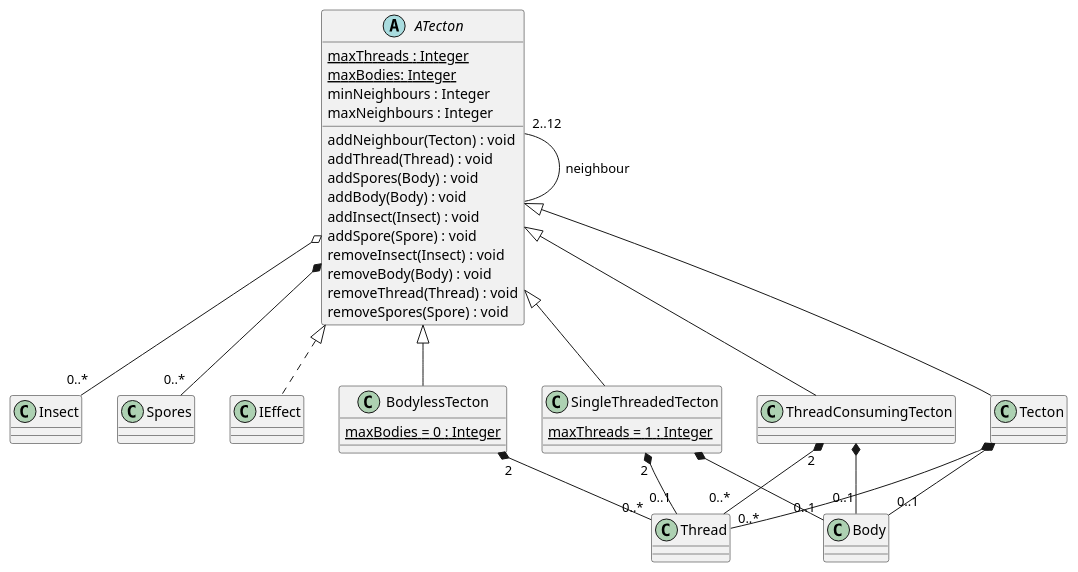
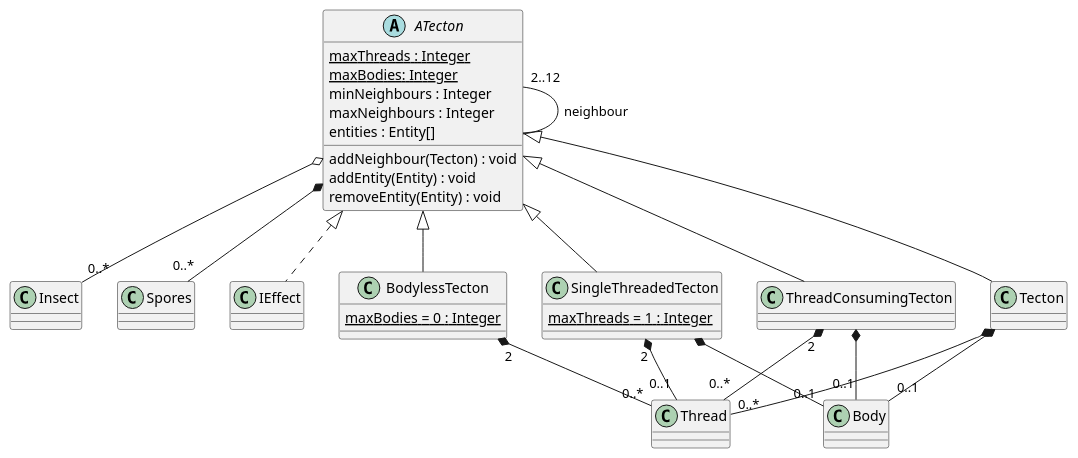
The diagram in 3/classes/tecton.puml (Petya-G/fungorium), drawn with PlantUML before and after one commit.

Commit message:
added entites to tecton

```diff
--- a/3/classes/tecton.puml
+++ b/3/classes/tecton.puml
@@ -1,49 +1,43 @@
 @startuml tecton
   ATecton "2..12" -- ATecton : neighbour
   ATecton o-- "0..*" Insect
   ATecton *-- "0..*" Spores
   ATecton <|.. IEffect
   abstract class ATecton {
     {static} maxThreads : Integer
     {static} maxBodies: Integer
     minNeighbours : Integer
     maxNeighbours : Integer
+    entities : Entity[]
 
     addNeighbour(Tecton) : void
-    addThread(Thread) : void
-    addSpores(Body) : void
-    addBody(Body) : void
-    addInsect(Insect) : void
-    addSpore(Spore) : void
-    removeInsect(Insect) : void
-    removeBody(Body) : void
-    removeThread(Thread) : void
-    removeSpores(Spore) : void
+    addEntity(Entity) : void
+    removeEntity(Entity) : void
   }
 
   Tecton *-- "0..1" Body
   Tecton *-- "0..*" Thread
   ATecton <|-- Tecton
   class Tecton {
   }
 
   SingleThreadedTecton *-- "0..1" Body
   SingleThreadedTecton "2" *-- "0..1" Thread
   ATecton <|-- SingleThreadedTecton
   class SingleThreadedTecton {
     {static} maxThreads = 1 : Integer
   }
 
 
   BodylessTecton "2" *-- "0..*" Thread
   ATecton <|-- BodylessTecton
   class BodylessTecton {
     {static} maxBodies = 0 : Integer
   }
 
   ThreadConsumingTecton *-- "0..1" Body
   ThreadConsumingTecton "2" *-- "0..*" Thread
   ATecton <|-- ThreadConsumingTecton
   class ThreadConsumingTecton {
   }
 @enduml
```
